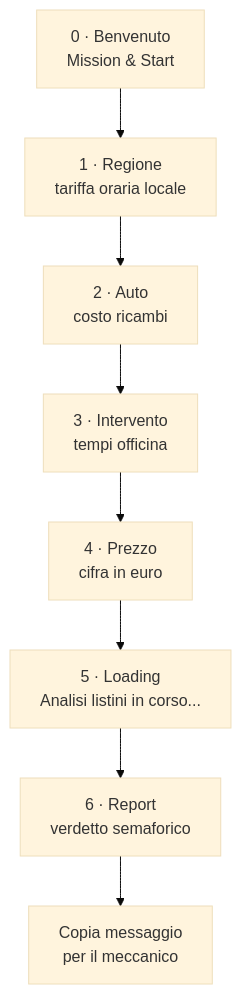
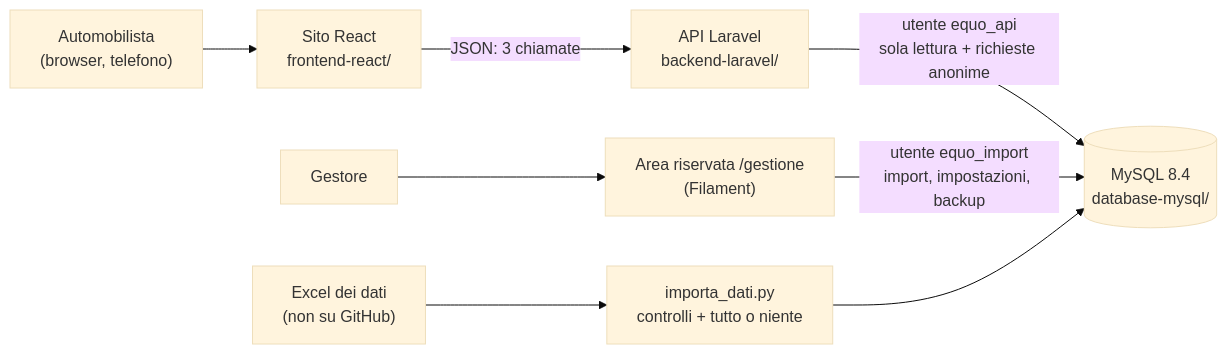
The diagram in README.md (lucariggi92/equo), drawn with Mermaid (base theme) before and after one commit. The commit also changed other lines of this file, not shown here.

````diff
--- a/README.md
+++ b/README.md
@@ -61,10 +91,9 @@
 ```mermaid
-flowchart TD
-    A["0 · Benvenuto<br/>Mission &amp; Start"] --> B["1 · Regione<br/>tariffa oraria locale"]
-    B --> C["2 · Auto<br/>costo ricambi"]
-    C --> D["3 · Intervento<br/>tempi officina"]
-    D --> E["4 · Prezzo<br/>cifra in euro"]
-    E --> F["5 · Loading<br/>Analisi listini in corso..."]
-    F --> G["6 · Report<br/>verdetto semaforico"]
-    G --> H["Copia messaggio<br/>per il meccanico"]
+flowchart LR
+    U["Automobilista<br/>(browser, telefono)"] --> R["Sito React<br/>frontend-react/"]
+    R -- "JSON: 3 chiamate" --> A["API Laravel<br/>backend-laravel/"]
+    A -- "utente equo_api<br/>sola lettura + richieste anonime" --> D[("MySQL 8.4<br/>database-mysql/")]
+    G["Gestore"] --> F["Area riservata /gestione<br/>(Filament)"]
+    F -- "utente equo_import<br/>import, impostazioni, backup" --> D
+    X["Excel dei dati<br/>(non su GitHub)"] --> I["importa_dati.py<br/>controlli + tutto o niente"] --> D
 ```
````
